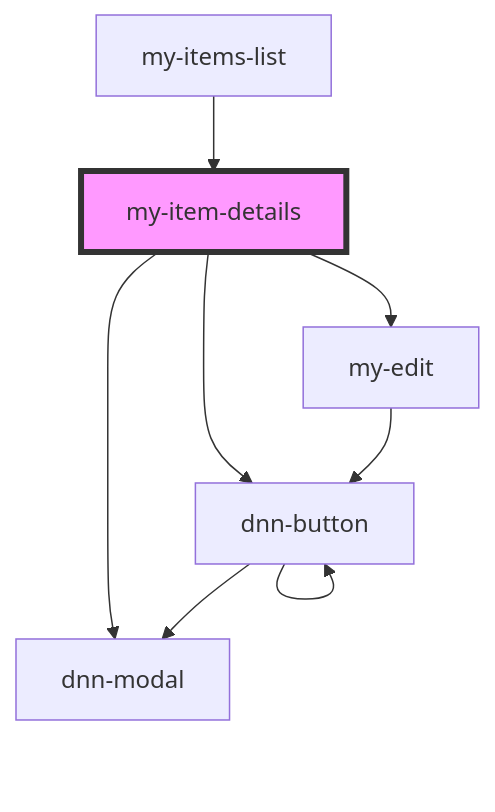
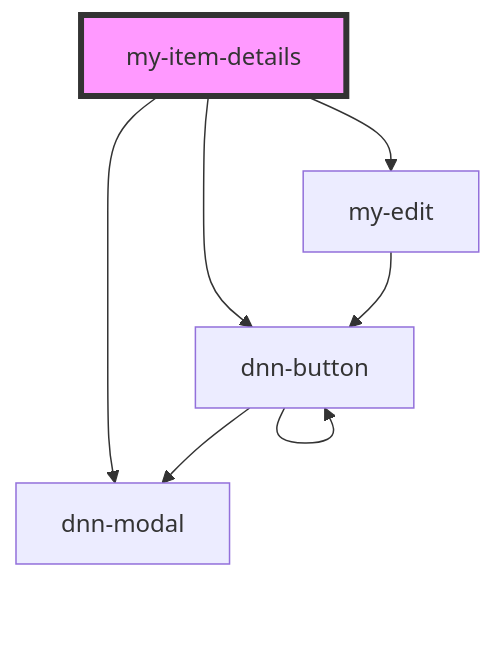
The diagram in module.web/src/components/my-item-details/readme.md (david-poindexter/DNN.IonicToDo), drawn with Mermaid before and after one commit. The commit also changed other lines of this file and 8 other files, not shown here.

````diff
--- a/module.web/src/components/my-item-details/readme.md
+++ b/module.web/src/components/my-item-details/readme.md
@@ -28,11 +24,10 @@
 ```mermaid
 graph TD;
   my-item-details --> dnn-button
   my-item-details --> dnn-modal
   my-item-details --> my-edit
   dnn-button --> dnn-modal
   dnn-button --> dnn-button
   my-edit --> dnn-button
-  my-items-list --> my-item-details
   style my-item-details fill:#f9f,stroke:#333,stroke-width:4px
 ```
````
